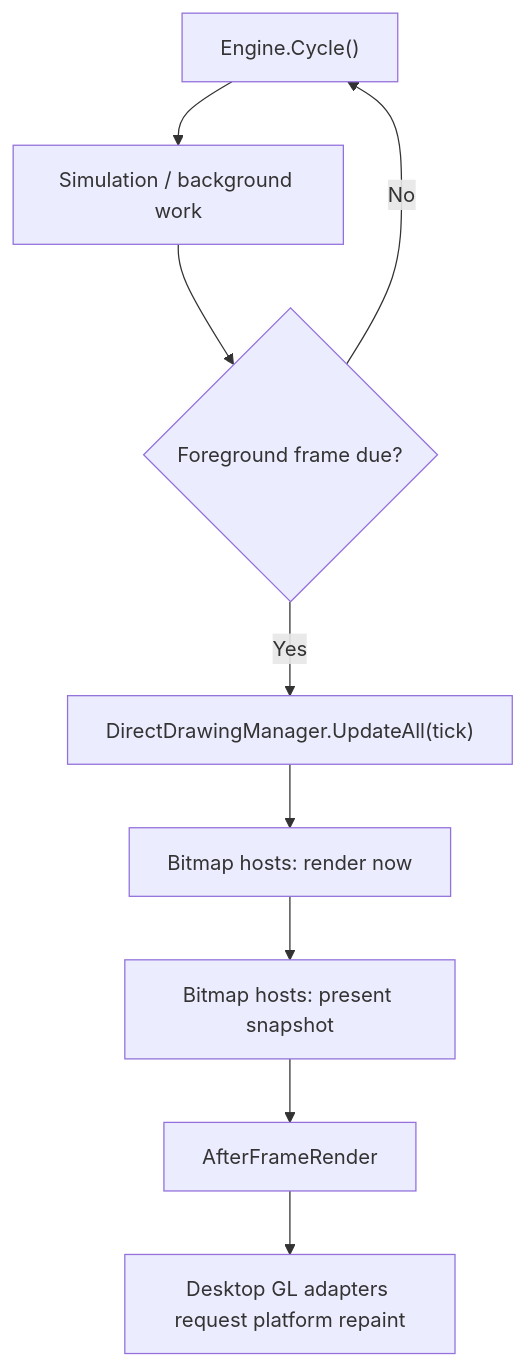
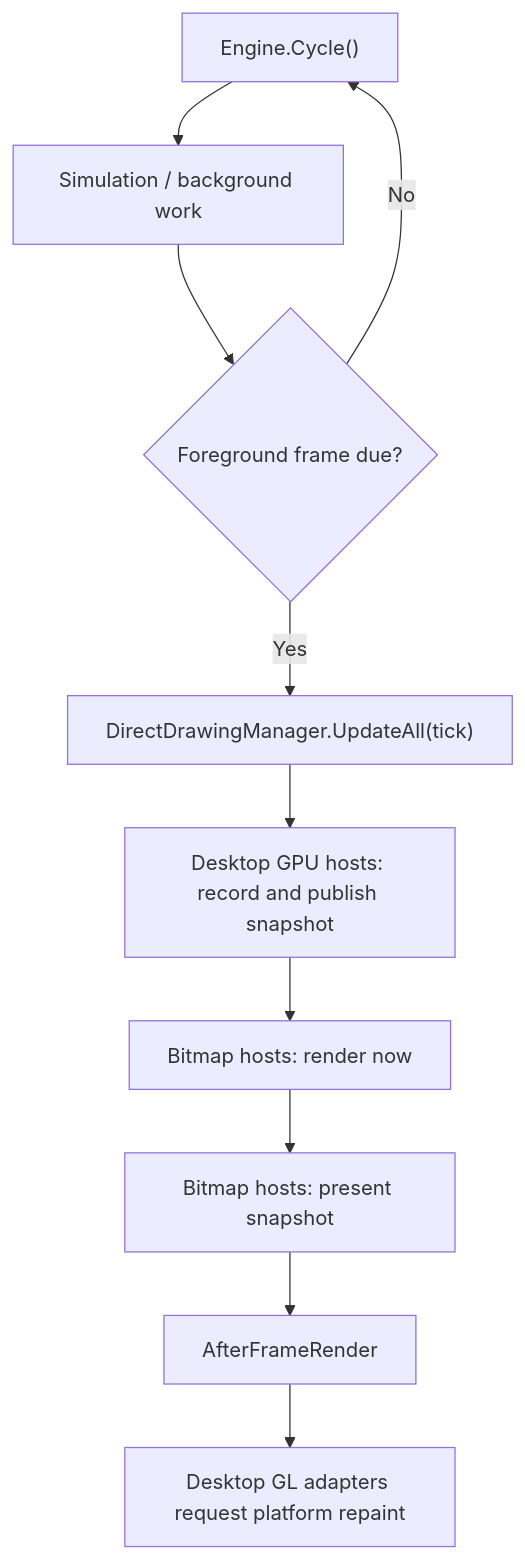
Before and after one commit to Isthimius/Gondwana: the diagram in docs/wiki/Rendering-Pipeline.md, drawn with Mermaid. The commit also changed other lines of this file and 20 other files, not shown here.

````diff
--- a/docs/wiki/Rendering-Pipeline.md
+++ b/docs/wiki/Rendering-Pipeline.md
@@ -69,11 +69,12 @@
 ```mermaid
 flowchart TD
     A["Engine.Cycle()"] --> B["Simulation / background work"]
     B --> C{"Foreground frame due?"}
     C -- No --> A
     C -- Yes --> D["DirectDrawingManager.UpdateAll(tick)"]
-    D --> E["Bitmap hosts: render now"]
+    D --> S["Desktop GPU hosts: record and publish snapshot"]
+    S --> E["Bitmap hosts: render now"]
     E --> F["Bitmap hosts: present snapshot"]
     F --> G["AfterFrameRender"]
     G --> H["Desktop GL adapters request platform repaint"]
 ```
````
